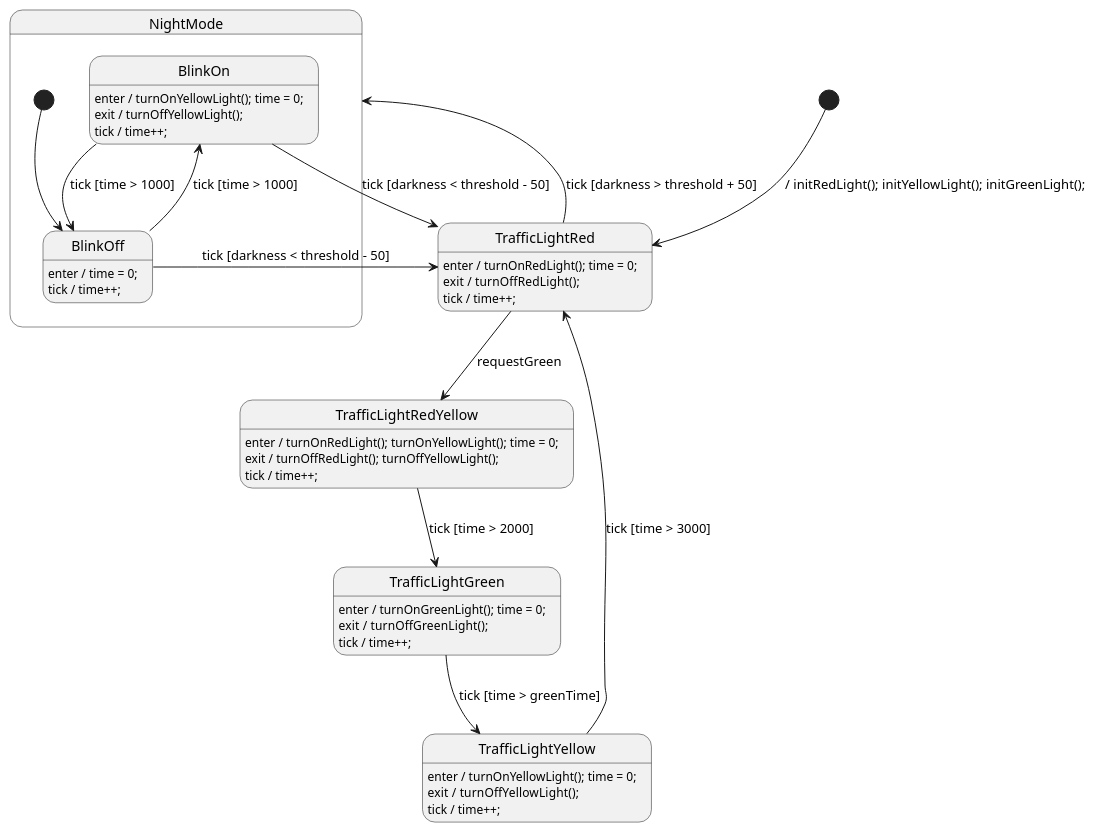
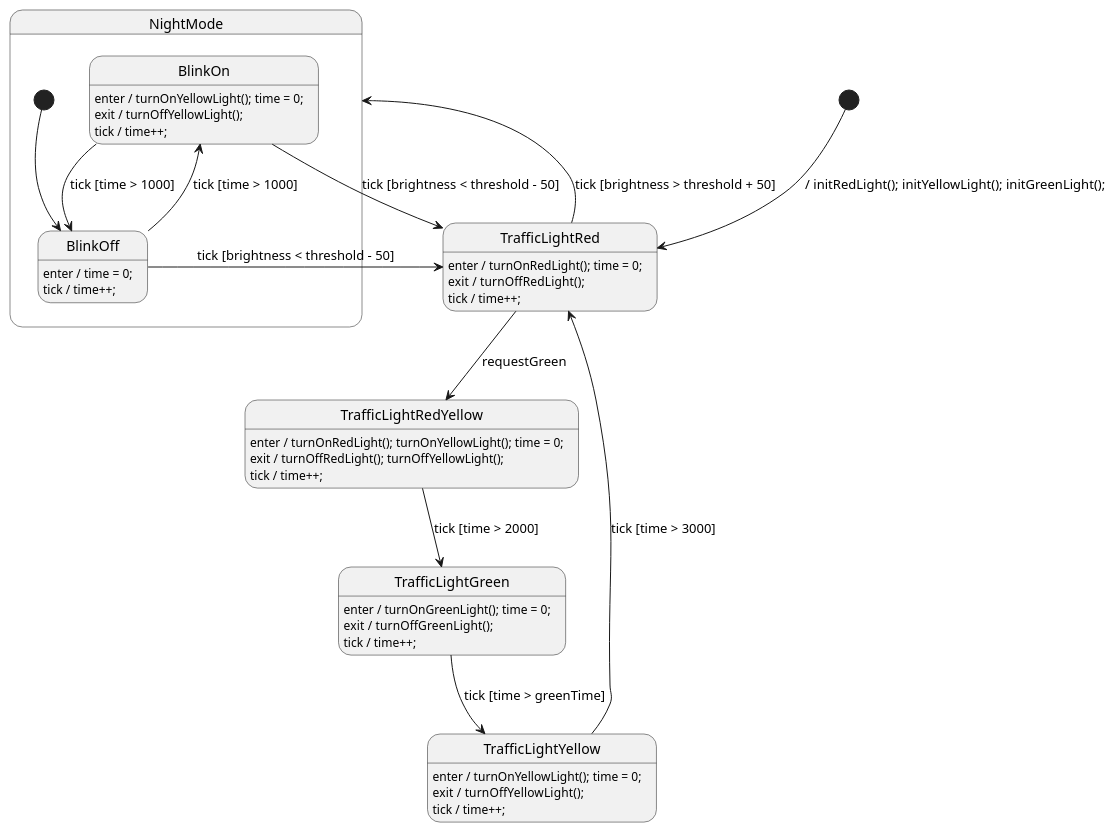
One commit to valentin-haub/esp32-traffic-light-management-system changed the diagram in State_machine/TrafficLight.plantuml. Above: the diagram before and after it, drawn with PlantUML.

Commit message:
StateMachine: 'darkness' wieder in 'brightness umbenannt

```diff
--- a/State_machine/TrafficLight.plantuml
+++ b/State_machine/TrafficLight.plantuml
@@ -1,94 +1,94 @@
 @startuml TrafficLight
 
 ' //////////////////////// STATE ORGANIZATION ///////////////////////
 ' Note: StateSmith treats state names and events as case insensitive.
 ' More info: https://github.com/StateSmith/StateSmith/wiki/PlantUML
 
 state TrafficLightRed
 state TrafficLightRedYellow
 state TrafficLightGreen
 state TrafficLightYellow
 
 state NightMode {
     state BlinkOn
     state BlinkOff
 
     [*] --> BlinkOff
 
     ' BlinkOff
     BlinkOff: enter / time = 0;
     BlinkOff: tick / time++;
     BlinkOff --> BlinkOn : tick [time > 1000]
-    BlinkOff --> TrafficLightRed : tick [darkness < threshold - 50]
+    BlinkOff --> TrafficLightRed : tick [brightness < threshold - 50]
 
     ' BlinkOn
     BlinkOn: enter / turnOnYellowLight(); time = 0;
     BlinkOn: exit / turnOffYellowLight();
     BlinkOn: tick / time++;
     BlinkOn --> BlinkOff : tick [time > 1000]
-    BlinkOn --> TrafficLightRed : tick [darkness < threshold - 50]
+    BlinkOn --> TrafficLightRed : tick [brightness < threshold - 50]
 }
 
 
 ' ///////////////////////// STATE HANDLERS /////////////////////////
 ' Syntax: https://github.com/StateSmith/StateSmith/wiki/Behaviors
 
 [*] --> TrafficLightRed : / initRedLight(); initYellowLight(); initGreenLight();
 
 ' TrafficLightRed
 TrafficLightRed: enter / turnOnRedLight(); time = 0;
 TrafficLightRed: exit  / turnOffRedLight();
 TrafficLightRed: tick / time++;
 TrafficLightRed --> TrafficLightRedYellow : requestGreen
-TrafficLightRed --> NightMode : tick [darkness > threshold + 50]
+TrafficLightRed --> NightMode : tick [brightness > threshold + 50]
 
 ' TrafficLightRedYellow
 TrafficLightRedYellow: enter / turnOnRedLight(); turnOnYellowLight(); time = 0;
 TrafficLightRedYellow: exit / turnOffRedLight(); turnOffYellowLight();
 TrafficLightRedYellow: tick / time++;
 TrafficLightRedYellow --> TrafficLightGreen : tick [time > 2000]
 
 ' TrafficLightGreen
 TrafficLightGreen: enter / turnOnGreenLight(); time = 0;
 TrafficLightGreen: exit  / turnOffGreenLight();
 TrafficLightGreen: tick / time++;
 TrafficLightGreen --> TrafficLightYellow : tick [time > greenTime]
 
 ' TrafficLightYellow
 TrafficLightYellow: enter / turnOnYellowLight(); time = 0;
 TrafficLightYellow: exit  / turnOffYellowLight();
 TrafficLightYellow: tick / time++;
 TrafficLightYellow --> TrafficLightRed : tick [time > 3000]
 
 
 
 ' //////////////////////// StateSmith config ////////////////////////
 ' The below special comment block sets the StateSmith configuration.
 ' More info: https://github.com/StateSmith/StateSmith/issues/335
 
 /'! $CONFIG : toml
 
 [RenderConfig]
 FileTop = """
     """
 AutoExpandedVars = """
     uint16_t time;
     uint16_t greenTime;
     uint16_t darkness;
     uint16_t threshold;
     """
 
 [RenderConfig.C]
 CFileExtension = ".cpp"
 HFileExtension = ".hpp"
 HFileIncludes = """
     #include <stdint.h> // for time var
     """
 CFileIncludes = """
     #include "driver.hpp"
     """
 
 [SmRunnerSettings]
 transpilerId = "C99"
 '/
 @enduml
```
